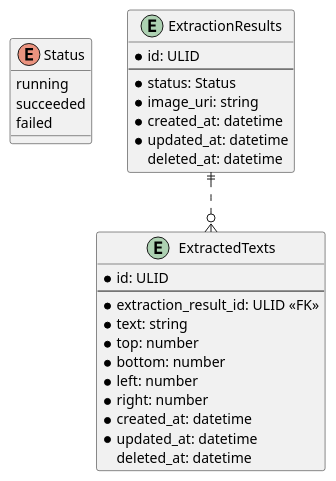
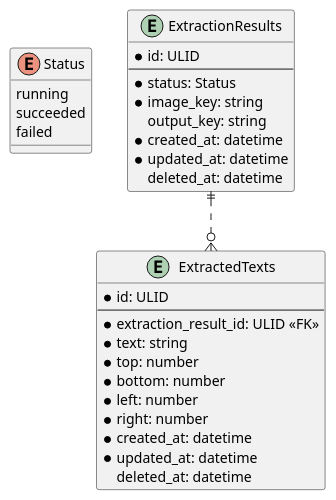
The diagram in backend/docs/db/tables.puml (ijufumi/google-vision-sample), drawn with PlantUML before and after one commit.

Commit message:
Update ERD

```diff
--- a/backend/docs/db/tables.puml
+++ b/backend/docs/db/tables.puml
@@ -1,34 +1,35 @@
 @startuml
 enum Status {
   running
   succeeded
   failed
 }
 
 entity ExtractionResults {
   * id: ULID
   --
   * status: Status
-  * image_uri: string
+  * image_key: string
+    output_key: string
   * created_at: datetime
   * updated_at: datetime
     deleted_at: datetime
 }
 
 entity ExtractedTexts {
   * id: ULID
   --
   * extraction_result_id: ULID <<FK>>
   * text: string
   * top: number
   * bottom: number
   * left: number
   * right: number
   * created_at: datetime
   * updated_at: datetime
     deleted_at: datetime
 }
 
 ExtractionResults ||..o{ ExtractedTexts
 
 @enduml
```
